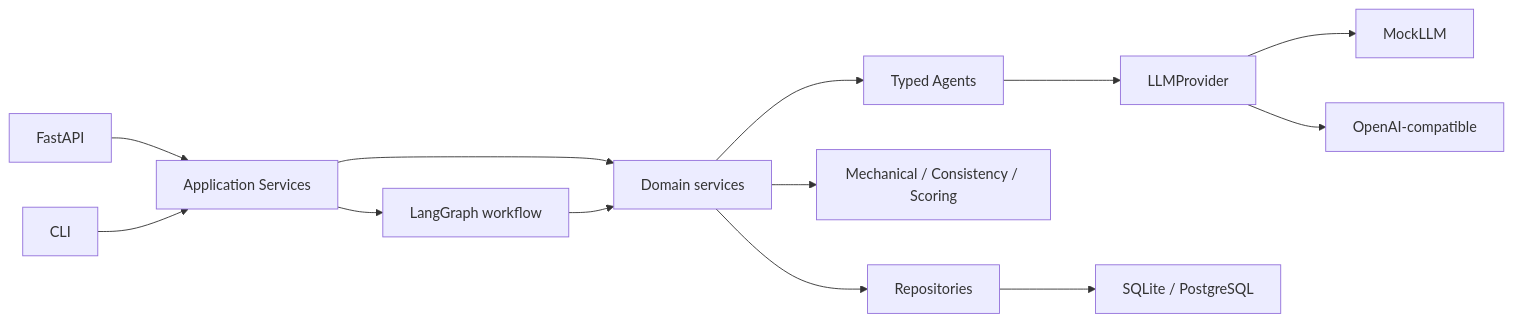
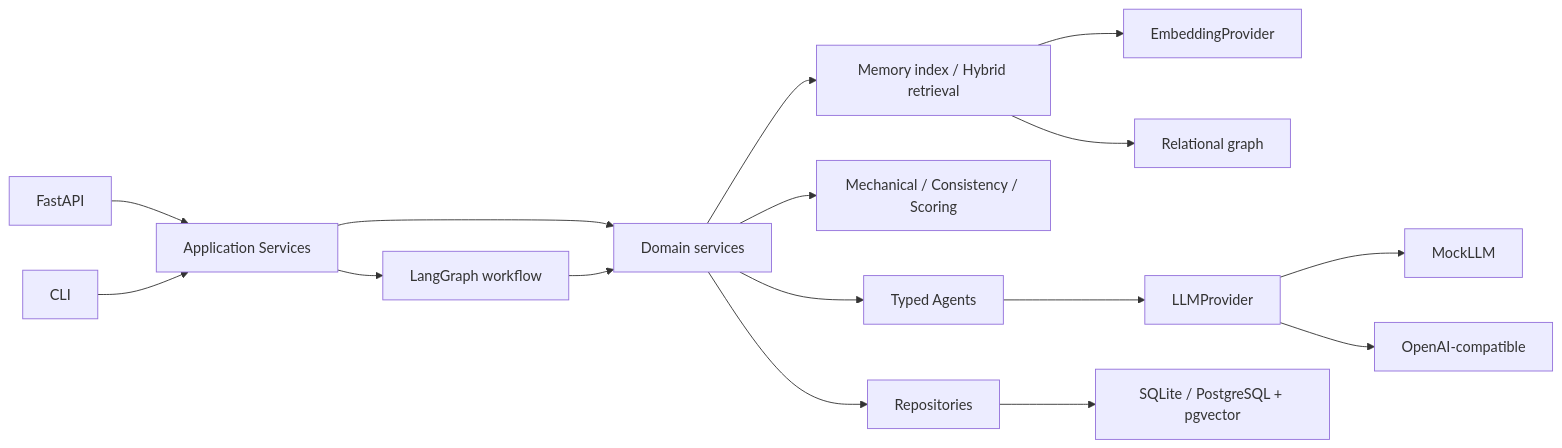
Before and after one commit to JiaoZiQ/StoryForge: the diagram in README.md, drawn with Mermaid. The commit also changed other lines of this file and 79 other files, not shown here.

````diff
--- a/README.md
+++ b/README.md
@@ -18,15 +21,18 @@
 ```mermaid
 flowchart LR
     API["FastAPI"] --> APP["Application Services"]
     CLI["CLI"] --> APP
     APP --> FLOW["LangGraph workflow"]
     APP --> DOMAIN["Domain services"]
     FLOW --> DOMAIN
     DOMAIN --> AGENTS["Typed Agents"]
     DOMAIN --> EVAL["Mechanical / Consistency / Scoring"]
     DOMAIN --> REPO["Repositories"]
+    DOMAIN --> MEMORY["Memory index / Hybrid retrieval"]
+    MEMORY --> EMBED["EmbeddingProvider"]
+    MEMORY --> GRAPH["Relational graph"]
     AGENTS --> LLM["LLMProvider"]
     LLM --> MOCK["MockLLM"]
     LLM --> OPENAI["OpenAI-compatible"]
-    REPO --> DB["SQLite / PostgreSQL"]
+    REPO --> DB["SQLite / PostgreSQL + pgvector"]
 ```
````
